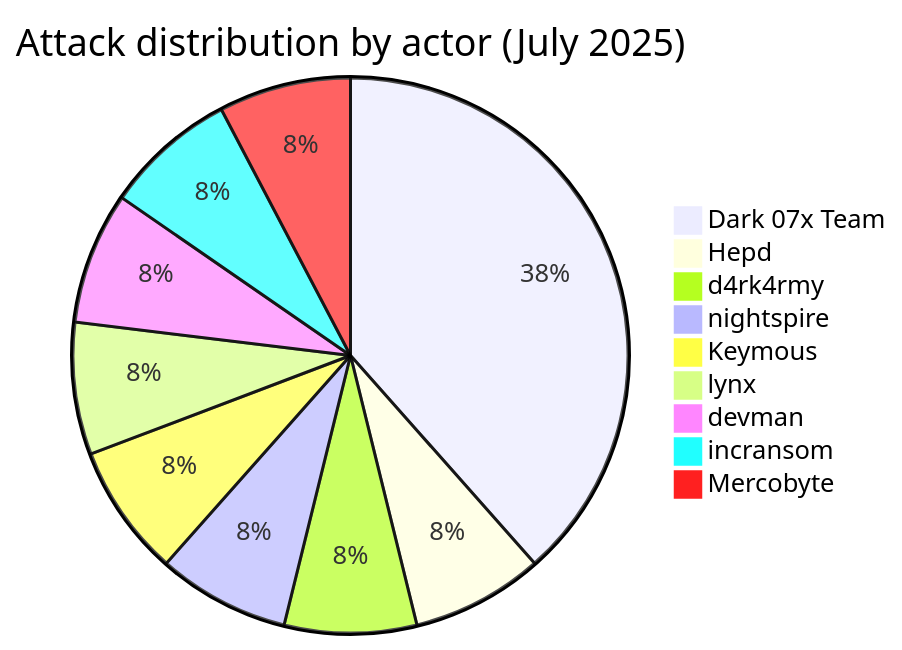
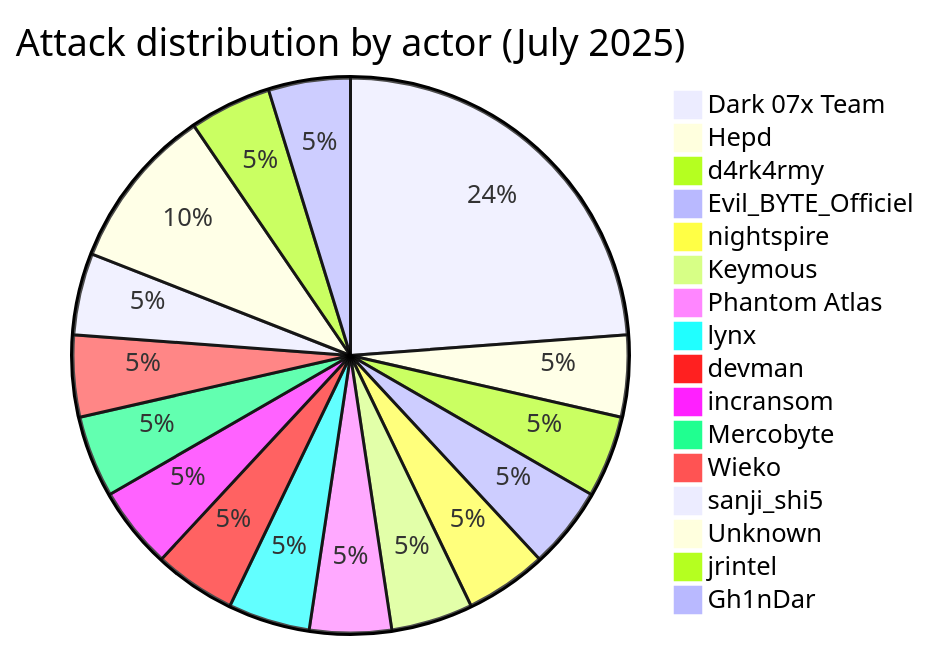
The first of 5 diagrams in CyberAttackAfrica/2025/07-july/README.md (Hatchepsoute/AFRINTEL), drawn with Mermaid before and after one commit. The commit also changed other lines of this file and 255 other files, not shown here.

````diff
--- a/CyberAttackAfrica/2025/07-july/README.md
+++ b/CyberAttackAfrica/2025/07-july/README.md
@@ -35,12 +42,19 @@
 ```mermaid
 pie title Attack distribution by actor (July 2025)
     "Dark 07x Team" : 5
     "Hepd" : 1
     "d4rk4rmy" : 1
+    "Evil_BYTE_Officiel" : 1
     "nightspire" : 1
     "Keymous" : 1
+    "Phantom Atlas" : 1
     "lynx" : 1
     "devman" : 1
     "incransom" : 1
     "Mercobyte" : 1
+    "Wieko" : 1
+    "sanji_shi5" : 1
+    "Unknown" : 2
+    "jrintel" : 1
+    "Gh1nDar" : 1
 ```
````
